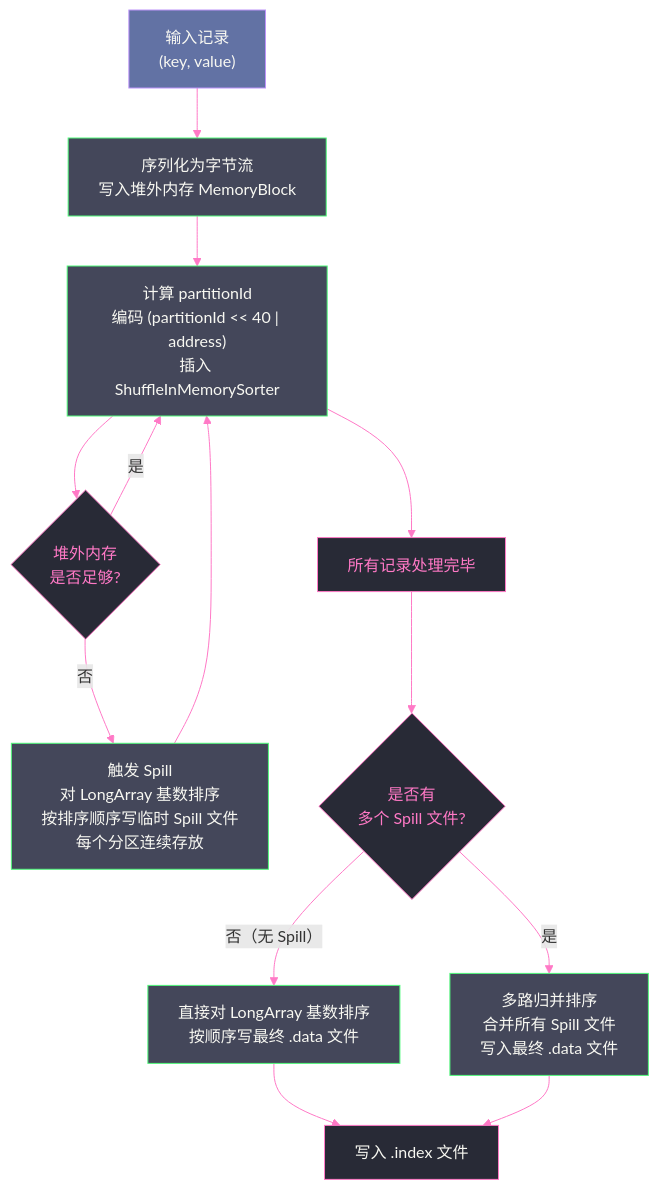
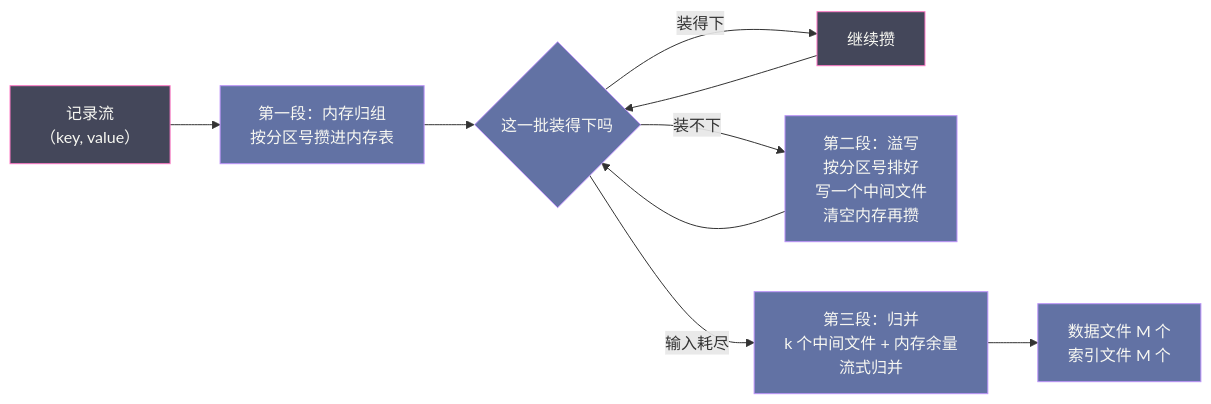
The second of 4 diagrams in content/大数据/Spark/Spark-Shuffle与内存管理机制深度解析/03 Sort Shuffle 的崛起：统一写出模型.md (hpliStartAgain/my-brain), drawn with Mermaid before and after one commit. The commit also changed other lines of this file and 455 other files, not shown here.

````diff
--- a/content/大数据/Spark/Spark-Shuffle与内存管理机制深度解析/03 Sort Shuffle 的崛起：统一写出模型.md
+++ b/content/大数据/Spark/Spark-Shuffle与内存管理机制深度解析/03 Sort Shuffle 的崛起：统一写出模型.md
@@ -238,26 +108,18 @@
 ```mermaid
-%%{init: {"theme": "dracula", "themeVariables": {"primaryColor": "#6272a4", "primaryTextColor": "#f8f8f2", "primaryBorderColor": "#bd93f9", "lineColor": "#ff79c6", "secondaryColor": "#44475a", "tertiaryColor": "#282a36"}}}%%
-graph TD
-    A["输入记录</br>(key, value)"] --> B["序列化为字节流</br>写入堆外内存 MemoryBlock"]
-    B --> C["计算 partitionId</br>编码 (partitionId << 40 | address)</br>插入 ShuffleInMemorySorter"]
-    C --> D{"堆外内存</br>是否足够?"}
-    D -- "是" --> C
-    D -- "否" --> E["触发 Spill</br>对 LongArray 基数排序</br>按排序顺序写临时 Spill 文件</br>每个分区连续存放"]
+%%{init: {'theme': 'dracula'}}%%
+flowchart LR
+    A["记录流<br/>（key, value）"] --> B["第一段：内存归组<br/>按分区号攒进内存表"]
+    B --> C{"这一批装得下吗"}
+    C -- "装得下" --> D["继续攒"]
+    D --> C
+    C -- "装不下" --> E["第二段：溢写<br/>按分区号排好<br/>写一个中间文件<br/>清空内存再攒"]
     E --> C
-    C --> F["所有记录处理完毕"]
-    F --> G{"是否有</br>多个 Spill 文件?"}
-    G -- "否（无 Spill）" --> H["直接对 LongArray 基数排序</br>按顺序写最终 .data 文件"]
-    G -- "是" --> I["多路归并排序</br>合并所有 Spill 文件</br>写入最终 .data 文件"]
-    H --> J["写入 .index 文件"]
-    I --> J
-
-    classDef input fill:#6272a4,stroke:#bd93f9,color:#f8f8f2
-    classDef process fill:#44475a,stroke:#50fa7b,color:#f8f8f2
-    classDef output fill:#282a36,stroke:#ff79c6,color:#f8f8f2
-    classDef decision fill:#282a36,stroke:#ff79c6,color:#ff79c6
-
-    class A input
-    class B,C,E,H,I process
-    class J output
-    class D,F,G decision
+    C -- "输入耗尽" --> F["第三段：归并<br/>k 个中间文件 + 内存余量<br/>流式归并"]
+    F --> G["数据文件 M 个<br/>索引文件 M 个"]
+    classDef stage fill:#6272a4,stroke:#bd93f9,color:#f8f8f2
+    classDef gate fill:#44475a,stroke:#ff79c6,color:#f8f8f2
+    classDef out fill:#50fa7b,stroke:#282a36,color:#282a36
+    class B,E,F,G stage
+    class C stage
+    class A,D gate
 ```
````
